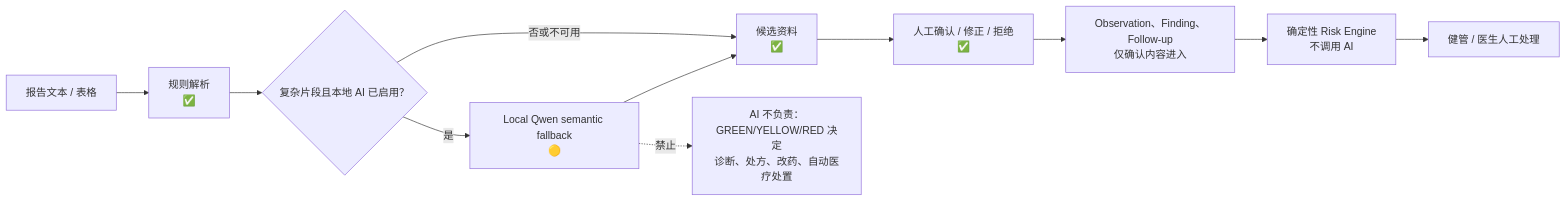
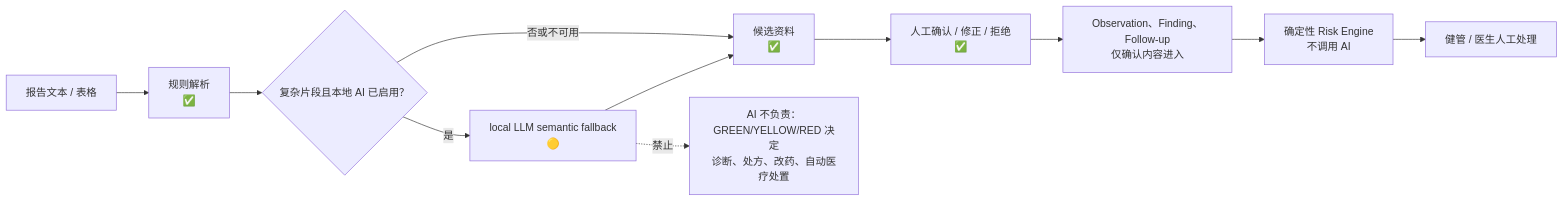
The second of 2 diagrams in docs/architecture/01_PLATFORM_OVERVIEW.md (KaedeharaT/executive-healthops), drawn with Mermaid before and after one commit. The commit also changed other lines of this file and 38 other files, not shown here.

````diff
--- a/docs/architecture/01_PLATFORM_OVERVIEW.md
+++ b/docs/architecture/01_PLATFORM_OVERVIEW.md
@@ -72,15 +72,15 @@
 ```mermaid
 flowchart LR
   reportText[报告文本 / 表格] --> parser[规则解析\n✅]
   parser --> decision{复杂片段且本地 AI 已启用？}
-  decision -- 是 --> qwen[Local Qwen semantic fallback\n🟡]
+  decision -- 是 --> local_llm[local LLM semantic fallback\n🟡]
   decision -- 否或不可用 --> candidates[候选资料\n✅]
-  qwen --> candidates
+  local_llm --> candidates
   candidates --> human[人工确认 / 修正 / 拒绝\n✅]
   human --> canonical[Observation、Finding、Follow-up\n仅确认内容进入]
   canonical --> deterministic[确定性 Risk Engine\n不调用 AI]
   deterministic --> humanOps[健管 / 医生人工处理]
 
   forbidden[AI 不负责：\nGREEN/YELLOW/RED 决定\n诊断、处方、改药、自动医疗处置]
-  qwen -.禁止.-> forbidden
+  local_llm -.禁止.-> forbidden
 ```
````
